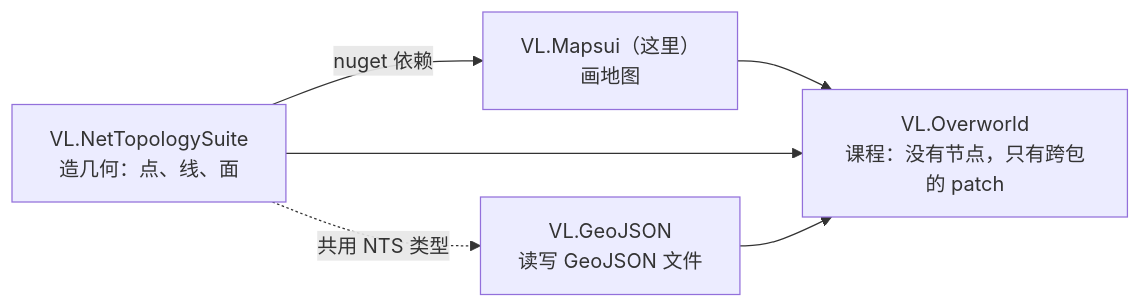
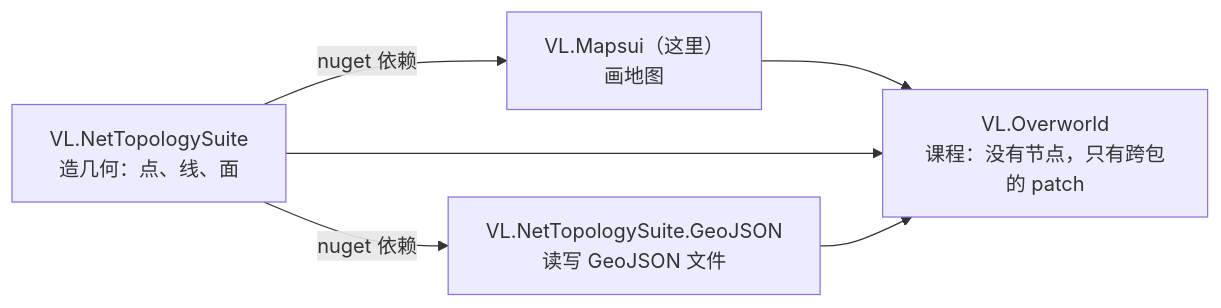
The first of 3 diagrams in docs/READING-GUIDE.zh.md (rednotfound/VL.Mapsui), drawn with Mermaid before and after one commit. The commit also changed 5 other files, not shown here.

First line of the commit message:
Docs: VL.GeoJSON is VL.NetTopologySuite.GeoJSON; correct "none references another"

````diff
--- a/docs/READING-GUIDE.zh.md
+++ b/docs/READING-GUIDE.zh.md
@@ -29,12 +29,12 @@
 ```mermaid
 flowchart LR
   NTS["VL.NetTopologySuite<br/>造几何：点、线、面"]
-  GJ["VL.GeoJSON<br/>读写 GeoJSON 文件"]
+  GJ["VL.NetTopologySuite.GeoJSON<br/>读写 GeoJSON 文件"]
   MS["VL.Mapsui（这里）<br/>画地图"]
   OW["VL.Overworld<br/>课程：没有节点，只有跨包的 patch"]
   NTS -- "nuget 依赖" --> MS
-  NTS -. "共用 NTS 类型" .-> GJ
+  NTS -- "nuget 依赖" --> GJ
   MS --> OW
   NTS --> OW
   GJ --> OW
 ```
````
